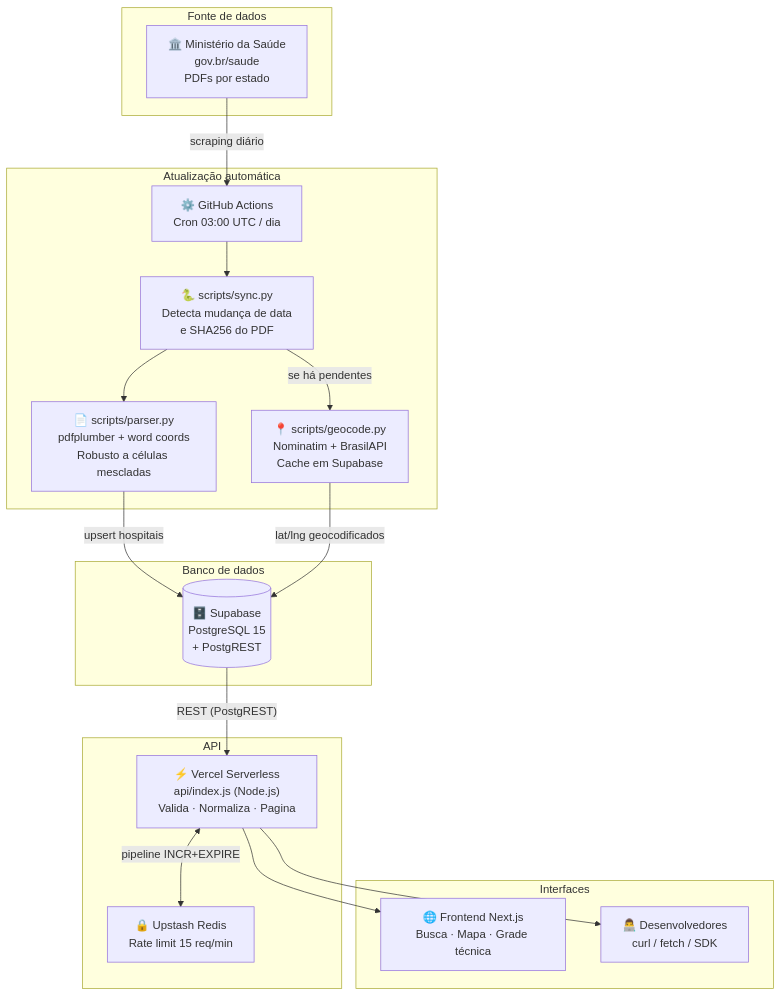
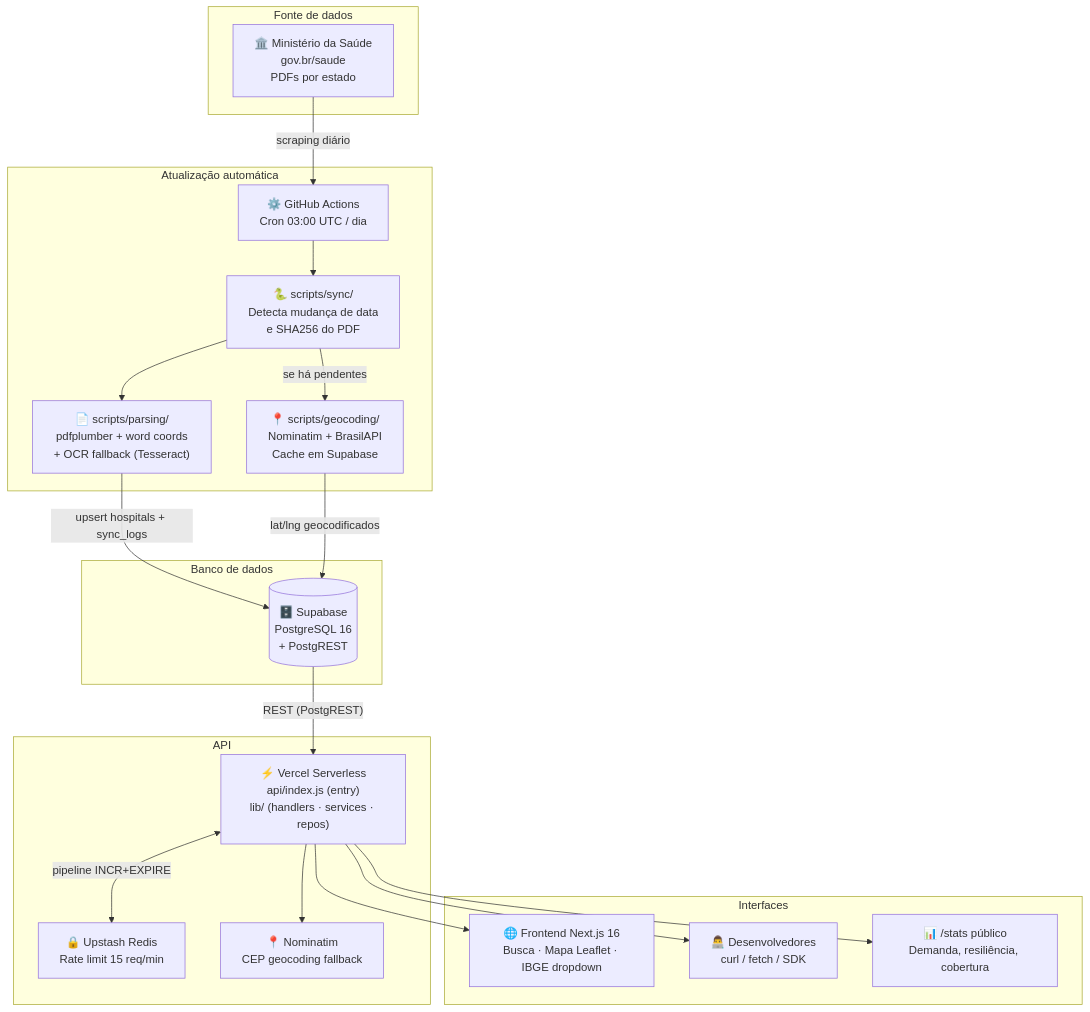
The first of 5 diagrams in README.md (Codar-Sistemas/hospitais-referencia-api), drawn with Mermaid before and after one commit. The commit also changed other lines of this file, not shown here.

First line of the commit message:
docs: rewrite README to match current architecture

````diff
--- a/README.md
+++ b/README.md
@@ -38,39 +41,43 @@
 ```mermaid
 graph TB
     subgraph "Fonte de dados"
         MS["🏛️ Ministério da Saúde<br/>gov.br/saude<br/>PDFs por estado"]
     end
 
     subgraph "Atualização automática"
         GHA["⚙️ GitHub Actions<br/>Cron 03:00 UTC / dia"]
-        SYNC["🐍 scripts/sync.py<br/>Detecta mudança de data<br/>e SHA256 do PDF"]
-        PARSER["📄 scripts/parser.py<br/>pdfplumber + word coords<br/>Robusto a células mescladas"]
-        GEO["📍 scripts/geocode.py<br/>Nominatim + BrasilAPI<br/>Cache em Supabase"]
+        SYNC["🐍 scripts/sync/<br/>Detecta mudança de data<br/>e SHA256 do PDF"]
+        PARSER["📄 scripts/parsing/<br/>pdfplumber + word coords<br/>+ OCR fallback (Tesseract)"]
+        GEO["📍 scripts/geocoding/<br/>Nominatim + BrasilAPI<br/>Cache em Supabase"]
     end
 
     subgraph "Banco de dados"
-        SB[("🗄️ Supabase<br/>PostgreSQL 15<br/>+ PostgREST")]
+        SB[("🗄️ Supabase<br/>PostgreSQL 16<br/>+ PostgREST")]
     end
 
     subgraph "API"
-        VR["⚡ Vercel Serverless<br/>api/index.js (Node.js)<br/>Valida · Normaliza · Pagina"]
+        VR["⚡ Vercel Serverless<br/>api/index.js (entry)<br/>lib/ (handlers · services · repos)"]
         RL["🔒 Upstash Redis<br/>Rate limit 15 req/min"]
+        NOM["📍 Nominatim<br/>CEP geocoding fallback"]
     end
 
     subgraph "Interfaces"
-        WEB["🌐 Frontend Next.js<br/>Busca · Mapa · Grade técnica"]
+        WEB["🌐 Frontend Next.js 16<br/>Busca · Mapa Leaflet · IBGE dropdown"]
         DEV["👨‍💻 Desenvolvedores<br/>curl / fetch / SDK"]
+        STATS["📊 /stats público<br/>Demanda, resiliência, cobertura"]
     end
 
     MS -->|"scraping diário"| GHA
     GHA --> SYNC
     SYNC --> PARSER
-    PARSER -->|"upsert hospitais"| SB
+    PARSER -->|"upsert hospitals + sync_logs"| SB
     SYNC -->|"se há pendentes"| GEO
     GEO -->|"lat/lng geocodificados"| SB
 
     SB -->|"REST (PostgREST)"| VR
+    VR --> NOM
     VR <-->|"pipeline INCR+EXPIRE"| RL
     VR --> WEB
     VR --> DEV
+    VR --> STATS
 ```
````
